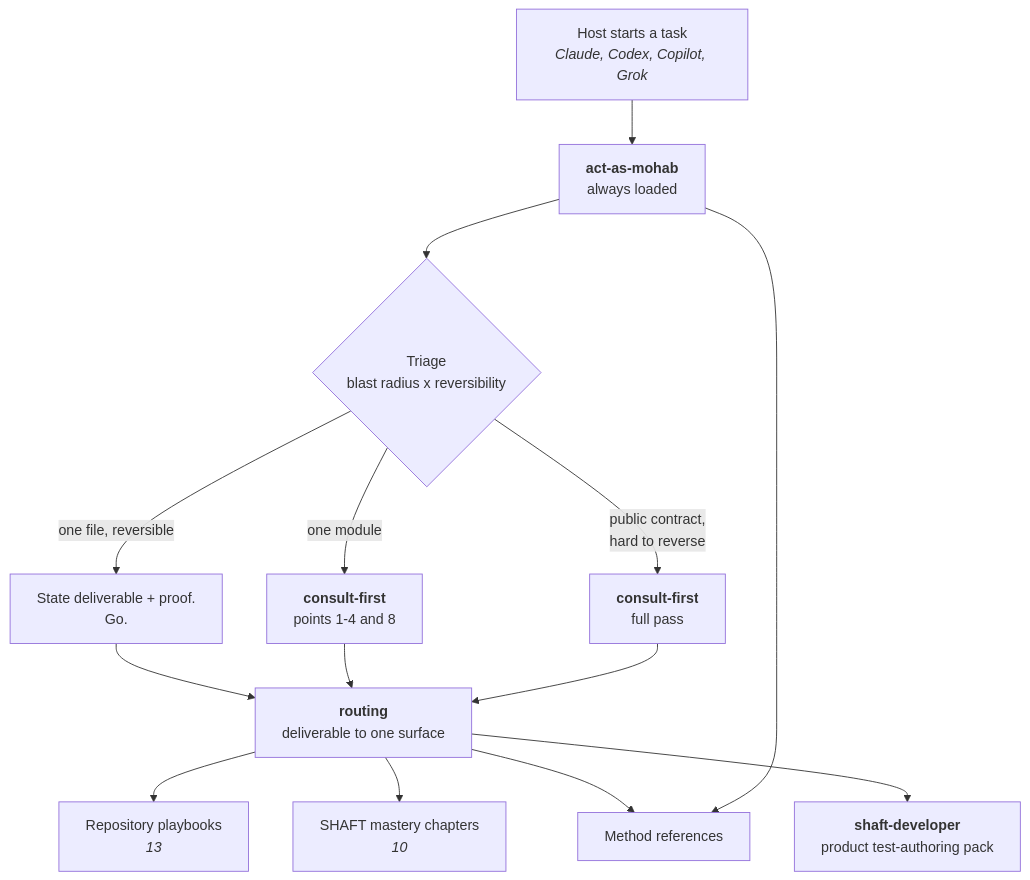
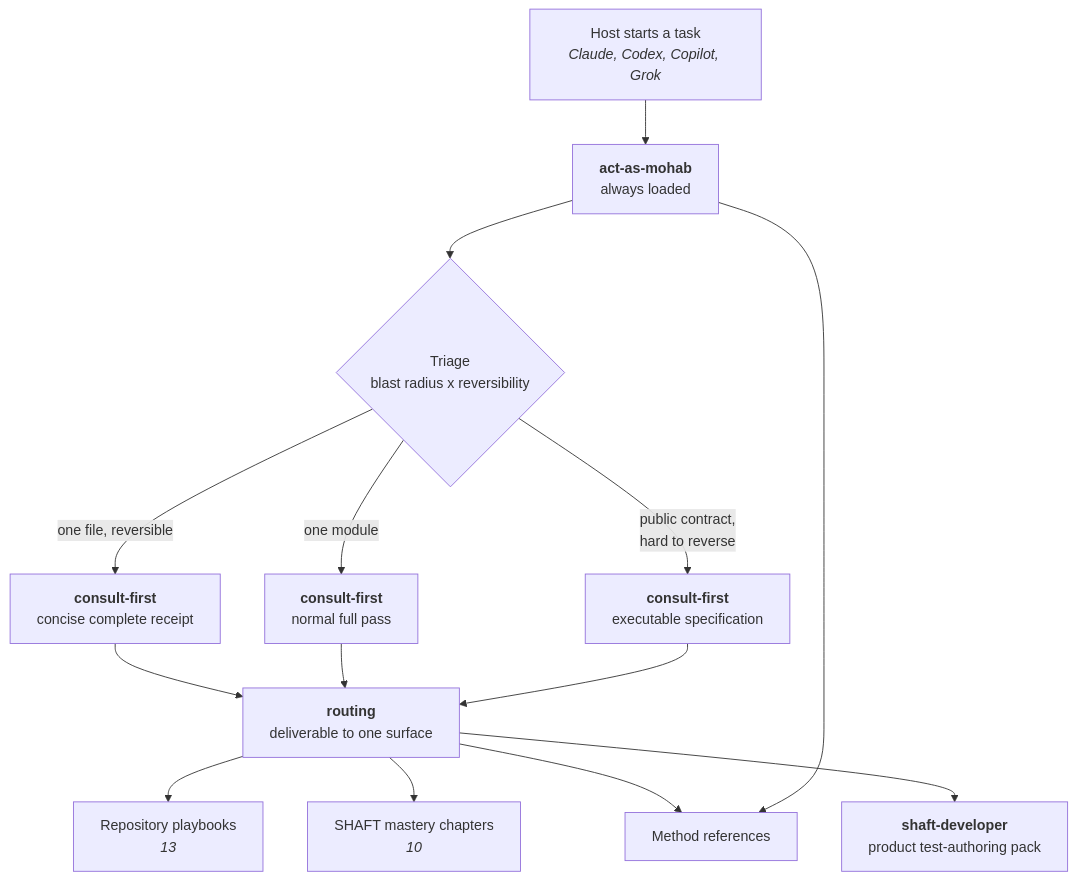
One commit to ShaftHQ/SHAFT_ENGINE changed the first of 4 diagrams in .agents/skills/README.md. Above: the diagram before and after it, drawn with Mermaid. The commit also changed other lines of this file and 33 other files, not shown here.

````diff
--- a/.agents/skills/README.md
+++ b/.agents/skills/README.md
@@ -20,22 +20,22 @@
 ```mermaid
 flowchart TD
     H["Host starts a task<br/><i>Claude, Codex, Copilot, Grok</i>"] --> E
 
     E["<b>act-as-mohab</b><br/>always loaded"]
     E --> T{"Triage<br/>blast radius x reversibility"}
 
-    T -->|"one file, reversible"| GO["State deliverable + proof.<br/>Go."]
-    T -->|"one module"| C["<b>consult-first</b><br/>points 1-4 and 8"]
-    T -->|"public contract,<br/>hard to reverse"| CF["<b>consult-first</b><br/>full pass"]
+    T -->|"one file, reversible"| GO["<b>consult-first</b><br/>concise complete receipt"]
+    T -->|"one module"| C["<b>consult-first</b><br/>normal full pass"]
+    T -->|"public contract,<br/>hard to reverse"| CF["<b>consult-first</b><br/>executable specification"]
 
     GO --> R
     C --> R
     CF --> R
 
     R["<b>routing</b><br/>deliverable to one surface"]
     R --> P["Repository playbooks<br/><i>13</i>"]
     R --> M["SHAFT mastery chapters<br/><i>10</i>"]
     R --> D["Method references"]
     E --> D
     R --> S["<b>shaft-developer</b><br/>product test-authoring pack"]
 ```
````
